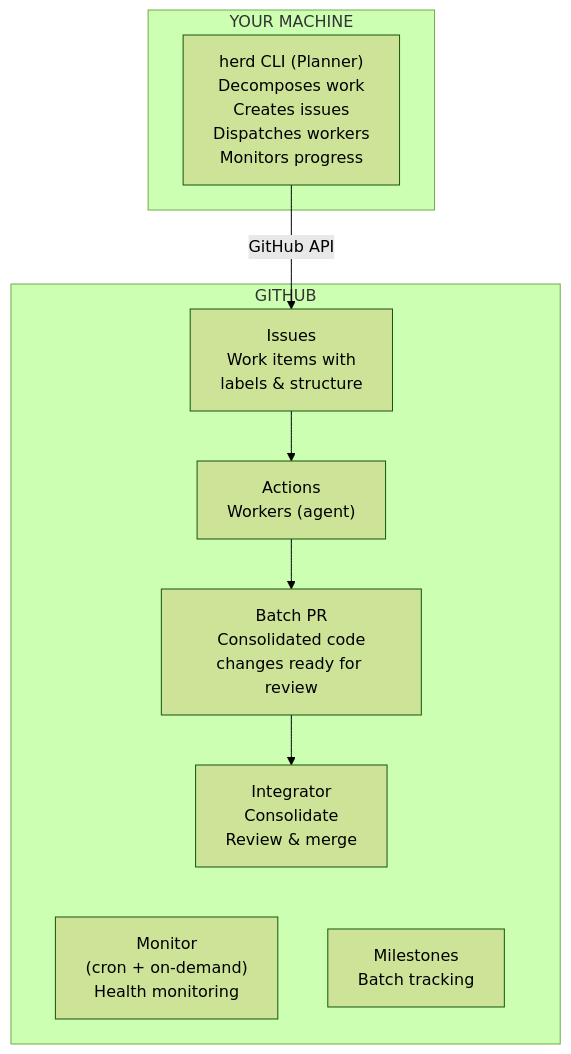
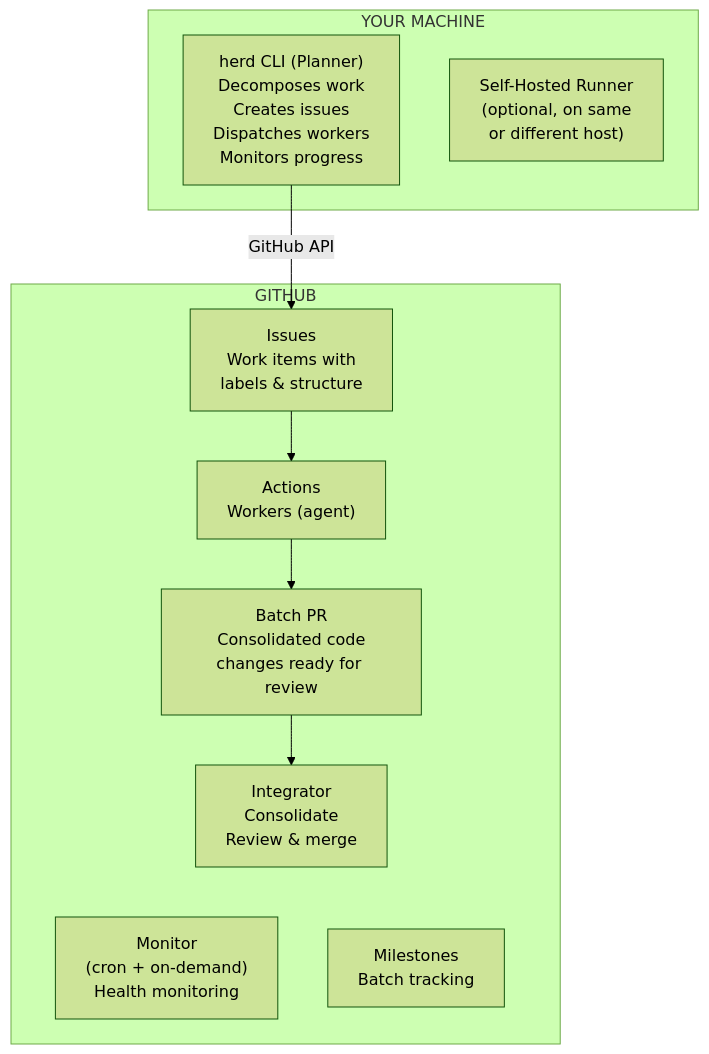
One commit to Herd-OS/herd changed the first of 5 diagrams in docs/design/architecture.md. Above: the diagram before and after it, drawn with Mermaid (forest theme).

Commit message:
fix: restore Self-Hosted Runner node in first architecture diagram
The node was accidentally removed along with its arrows. The user's
request was to remove the arrows/connections, not the node itself.
Restore the Self-Hosted Runner node in the Local subgraph with no
arrows connecting to or from it.

Fixes #343

````diff
--- a/docs/design/architecture.md
+++ b/docs/design/architecture.md
@@ -7,23 +7,24 @@
 ```mermaid
 graph TD
     subgraph Local["YOUR MACHINE"]
         CLI["herd CLI (Planner)<br>Decomposes work<br>Creates issues<br>Dispatches workers<br>Monitors progress"]
+        Runner["Self-Hosted Runner<br>(optional, on same<br>or different host)"]
     end
 
     subgraph Cloud["GITHUB"]
         Issues["Issues<br>Work items with<br>labels & structure"]
         Actions["Actions<br>Workers (agent)"]
         BatchPR["Batch PR<br>Consolidated code<br>changes ready for review"]
         Integrator["Integrator<br>Consolidate<br>Review & merge"]
         Monitor["Monitor<br>(cron + on-demand)<br>Health monitoring"]
         Milestones["Milestones<br>Batch tracking"]
 
         Issues --> Actions
         Actions --> BatchPR
         BatchPR --> Integrator
         Integrator ~~~ Monitor
         Integrator ~~~ Milestones
     end
 
     CLI -->|GitHub API| Issues
 ```
````
